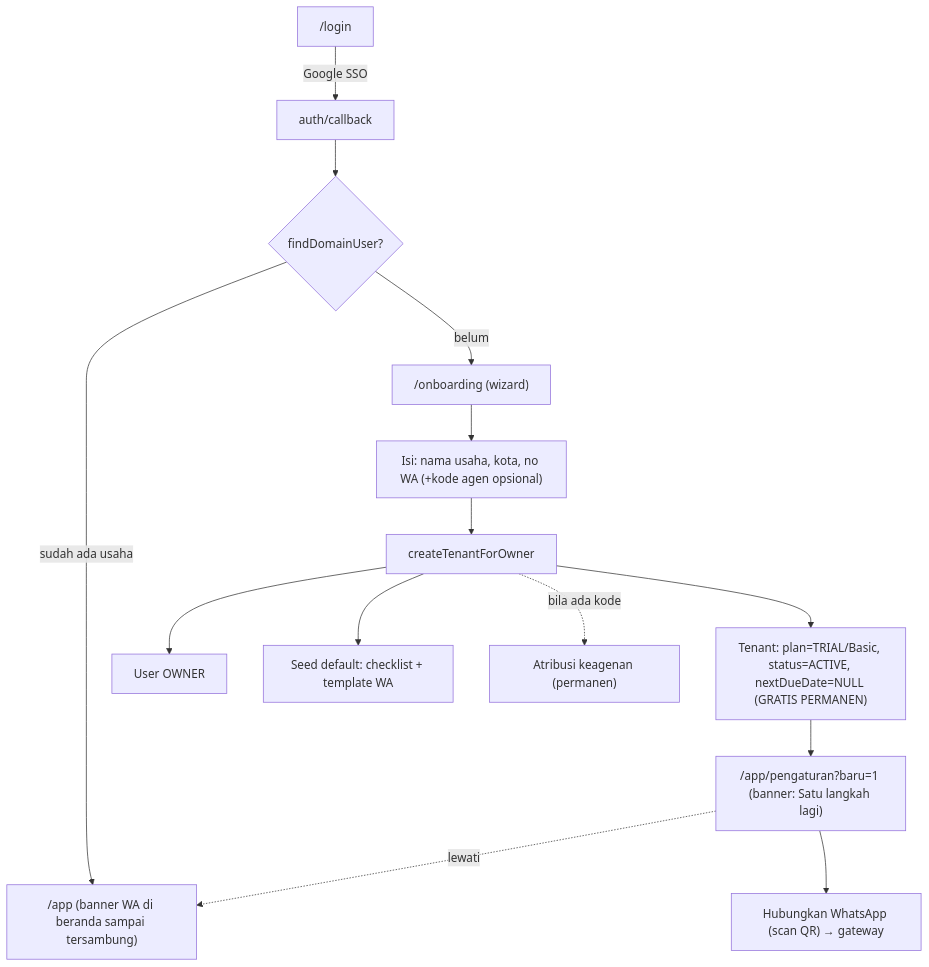
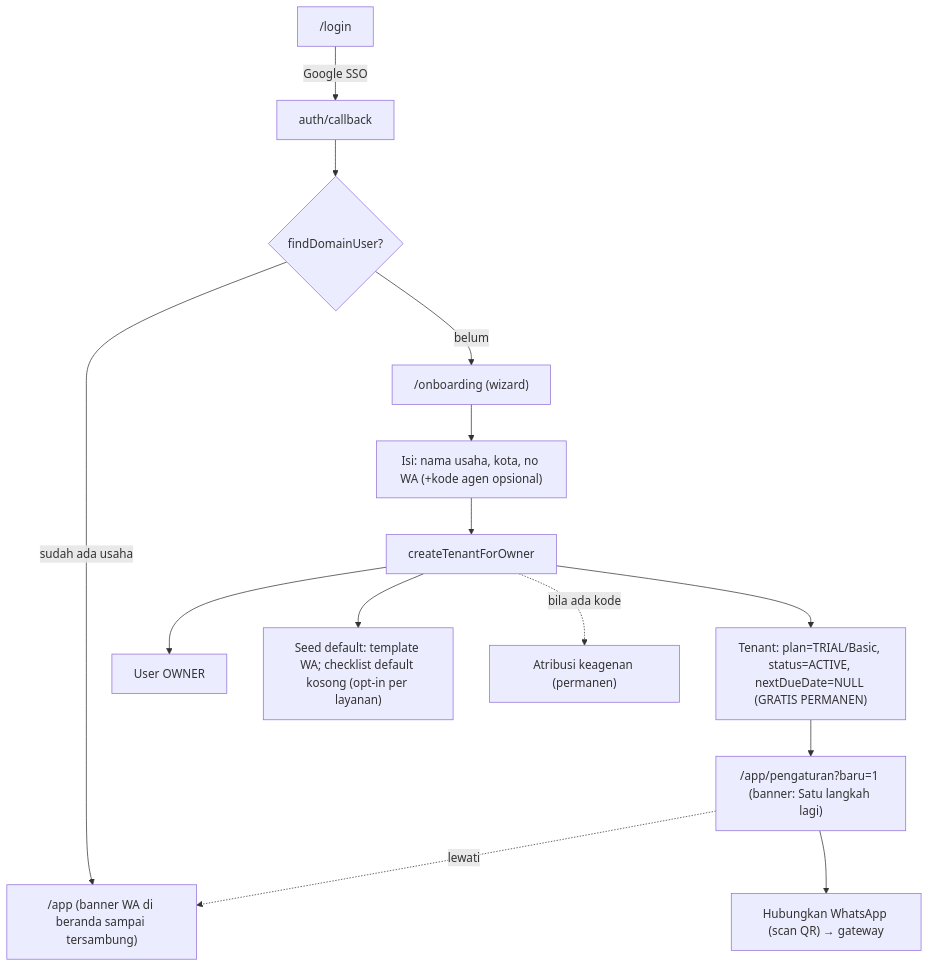
The third of 9 diagrams in docs/ALUR_APLIKASI.md (ryanandrian/aircon), drawn with Mermaid before and after one commit. The commit also changed other lines of this file and 9 other files, not shown here.

````diff
--- a/docs/ALUR_APLIKASI.md
+++ b/docs/ALUR_APLIKASI.md
@@ -121,16 +121,16 @@
 ```mermaid
 flowchart TD
   L["/login"] -->|"Google SSO"| CB["auth/callback"]
   CB --> FIND{"findDomainUser?"}
   FIND -->|"sudah ada usaha"| APP["/app"]
   FIND -->|"belum"| ONB["/onboarding (wizard)"]
   ONB --> FORM["Isi: nama usaha, kota, no WA (+kode agen opsional)"]
   FORM --> CREATE["createTenantForOwner"]
   CREATE --> T["Tenant: plan=TRIAL/Basic, status=ACTIVE, nextDueDate=NULL (GRATIS PERMANEN)"]
   CREATE --> U["User OWNER"]
-  CREATE --> SEED["Seed default: checklist + template WA"]
+  CREATE --> SEED["Seed default: template WA; checklist default kosong (opt-in per layanan)"]
   CREATE -.->|"bila ada kode"| ATTR["Atribusi keagenan (permanen)"]
   T --> SET["/app/pengaturan?baru=1 (banner: Satu langkah lagi)"]
   SET --> WA["Hubungkan WhatsApp (scan QR) → gateway"]
   SET -.->|"lewati"| APP["/app (banner WA di beranda sampai tersambung)"]
 ```
````
